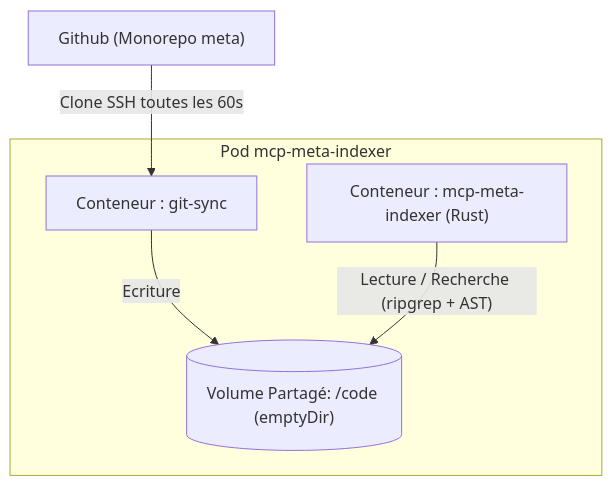
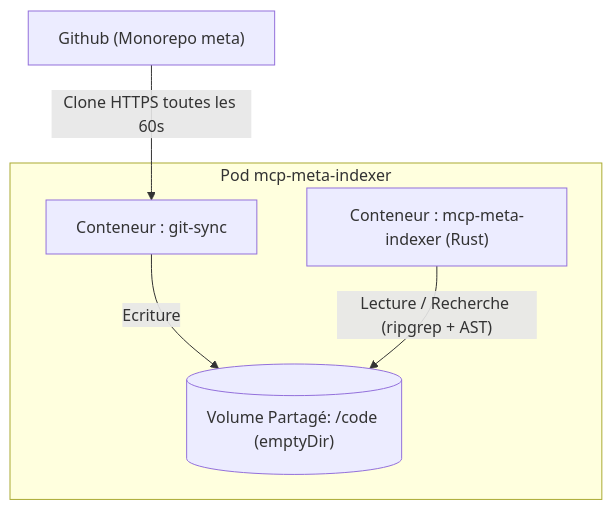
Before and after one commit to Volontariapp/mcp-meta-indexer: the fourth of 4 diagrams in README.md, drawn with Mermaid. The commit also changed other lines of this file and 1 other file, not shown here.

````diff
--- a/README.md
+++ b/README.md
@@ -72,12 +110,12 @@
 ```mermaid
 graph TD
     subgraph Pod mcp-meta-indexer
         A["Conteneur : git-sync"]
         B["Conteneur : mcp-meta-indexer (Rust)"]
         C[("Volume Partagé: /code (emptyDir)")]
     end
     
-    D["Github (Monorepo meta)"] -->|"Clone SSH toutes les 60s"| A
+    D["Github (Monorepo meta)"] -->|"Clone HTTPS toutes les 60s"| A
     A -->|"Ecriture"| C
     B -->|"Lecture / Recherche (ripgrep + AST)"| C
 ```
````
